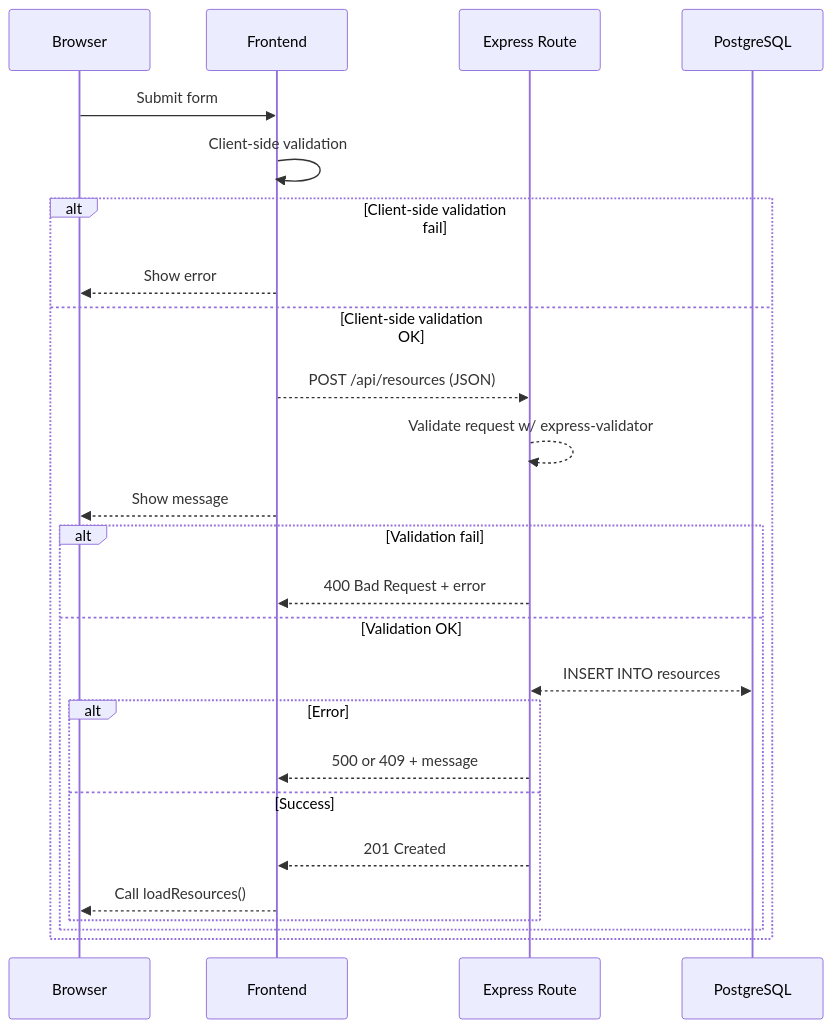
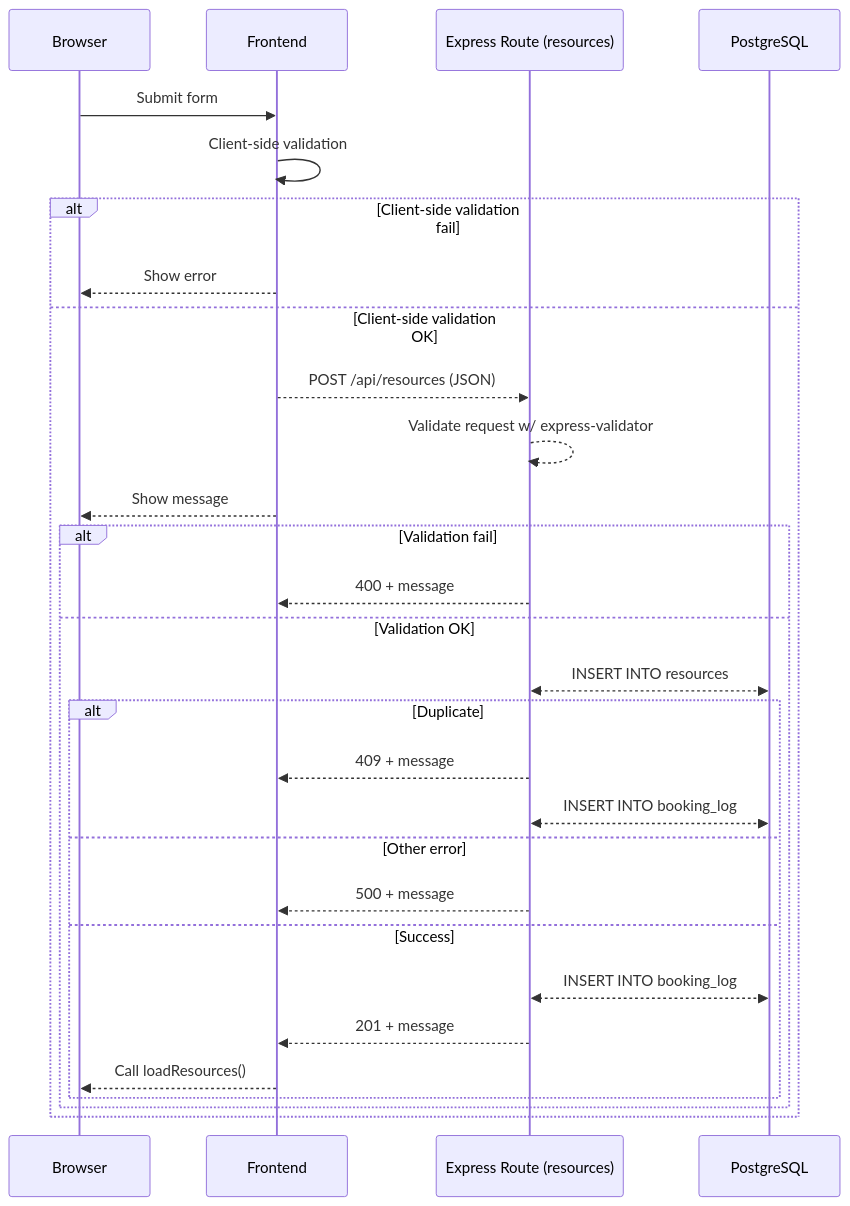
The first of 4 diagrams in BookingSystem/Phase6/G1_CRUD_DataFlow.md (samipaa/webdev2026), drawn with Mermaid before and after one commit. The commit also changed other lines of this file, not shown here.

````diff
--- a/BookingSystem/Phase6/G1_CRUD_DataFlow.md
+++ b/BookingSystem/Phase6/G1_CRUD_DataFlow.md
@@ -3,31 +3,35 @@
 ```mermaid
 sequenceDiagram
     participant U as Browser
     participant F as Frontend
-    participant B as Express Route
+    participant B as Express Route (resources)
     participant DB as PostgreSQL
 
     U->>F: Submit form
     F->>F: Client-side validation
 
     alt Client-side validation fail
         F-->>U: Show error
     else Client-side validation OK
         F-->>B: POST /api/resources (JSON)
         B-->>B: Validate request w/ express-validator
         F-->>U: Show message
 
         alt Validation fail
-            B-->>F: 400 Bad Request + error
+            B-->>F: 400 + message
         else Validation OK
             B<<-->>DB: INSERT INTO resources
 
-            alt Error
-                B-->>F: 500 or 409 + message
+            alt Duplicate
+                B-->>F: 409 + message
+                B<<-->>DB: INSERT INTO booking_log
+            else Other error
+                B-->>F: 500 + message
             else Success
-                B-->>F: 201 Created
+                B<<-->>DB: INSERT INTO booking_log
+                B-->>F: 201 + message
                 F-->>U: Call loadResources()
             end
         end
     end
 ```
````
